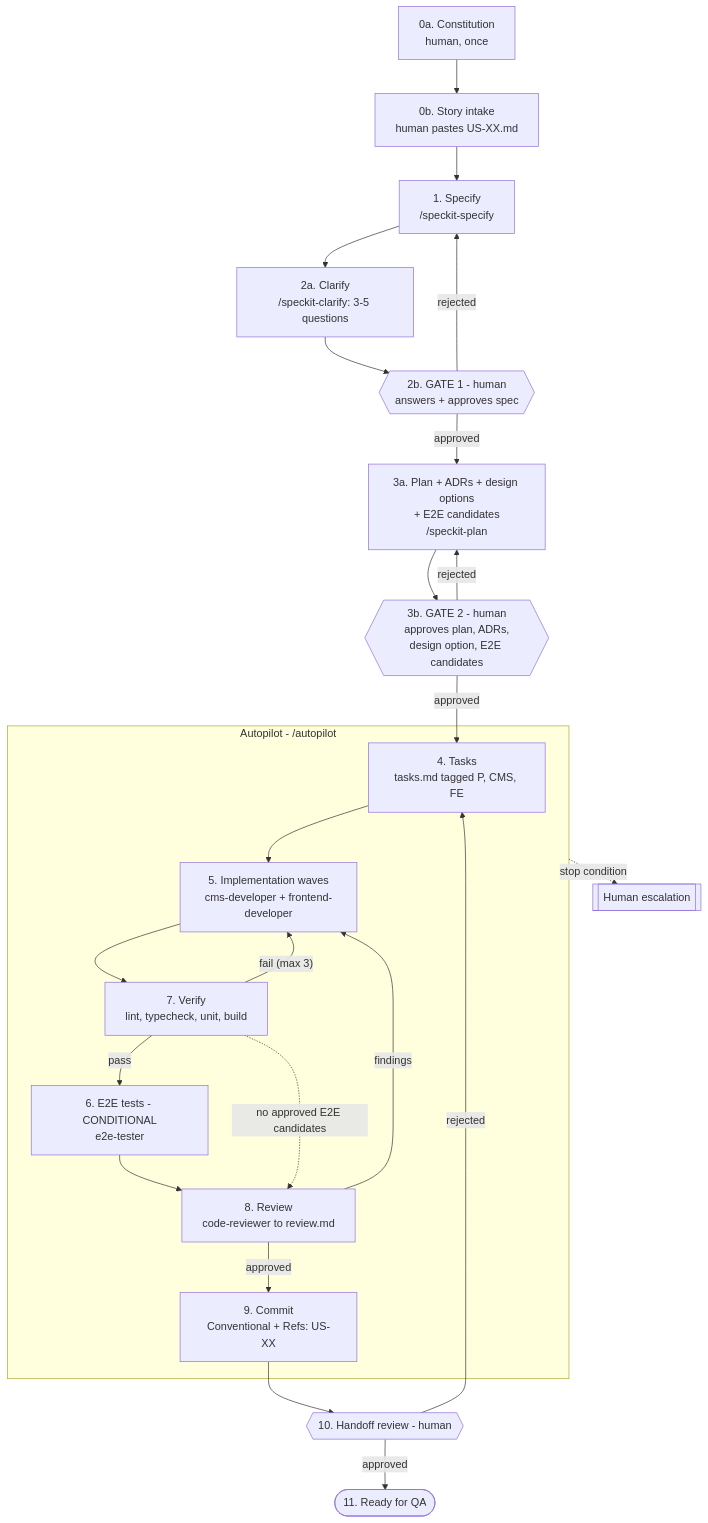
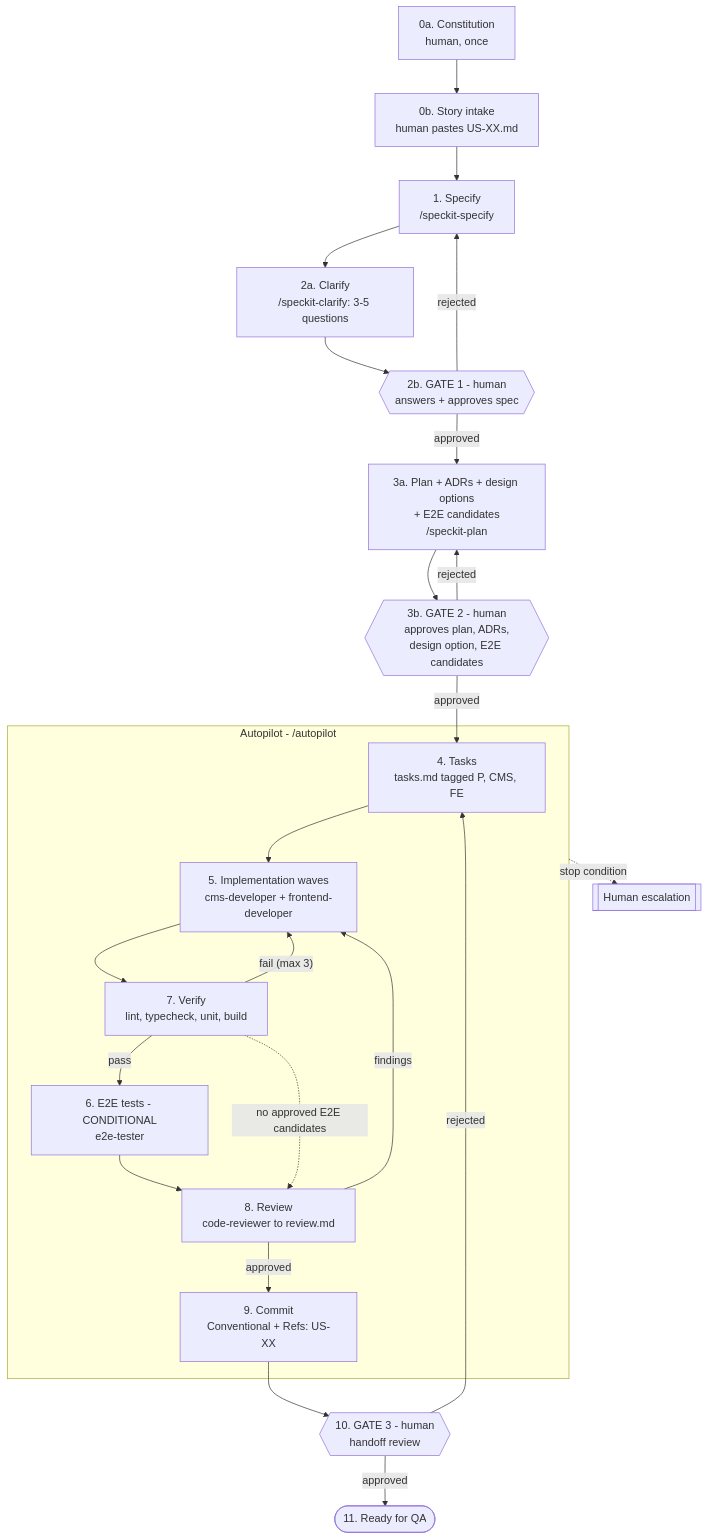
Before and after one commit to quijotex/insurance-multiregion-app: the diagram in FLOW.md, drawn with Mermaid. The commit also changed other lines of this file and 1 other file, not shown here.

Commit message:
docs(flow): name handoff review Gate 3 and record Gate 2 revisions

````diff
--- a/FLOW.md
+++ b/FLOW.md
@@ -15,29 +15,29 @@
 ```mermaid
 flowchart TD
     S0a["0a. Constitution<br/>human, once"] --> S0b
     S0b["0b. Story intake<br/>human pastes US-XX.md"] --> S1
     S1["1. Specify<br/>/speckit-specify"] --> S2a
     S2a["2a. Clarify<br/>/speckit-clarify: 3-5 questions"] --> S2b
     S2b{{"2b. GATE 1 - human<br/>answers + approves spec"}}
     S2b -- rejected --> S1
     S2b -- approved --> S3a
     S3a["3a. Plan + ADRs + design options<br/>+ E2E candidates<br/>/speckit-plan"] --> S3b
     S3b{{"3b. GATE 2 - human<br/>approves plan, ADRs,<br/>design option, E2E candidates"}}
     S3b -- rejected --> S3a
     S3b -- approved --> S4
     subgraph AUTO ["Autopilot - /autopilot"]
       S4["4. Tasks<br/>tasks.md tagged P, CMS, FE"] --> S5
       S5["5. Implementation waves<br/>cms-developer + frontend-developer"] --> S7
       S7["7. Verify<br/>lint, typecheck, unit, build"] -- "fail (max 3)" --> S5
       S7 -- pass --> S6
       S6["6. E2E tests - CONDITIONAL<br/>e2e-tester"] --> S8
       S7 -. "no approved E2E candidates" .-> S8
       S8["8. Review<br/>code-reviewer to review.md"] -- findings --> S5
       S8 -- approved --> S9
       S9["9. Commit<br/>Conventional + Refs: US-XX"]
     end
-    S9 --> S10{{"10. Handoff review - human"}}
+    S9 --> S10{{"10. GATE 3 - human<br/>handoff review"}}
     S10 -- rejected --> S4
     S10 -- approved --> S11(["11. Ready for QA"])
     AUTO -. "stop condition" .-> H[["Human escalation"]]
 ```
````
